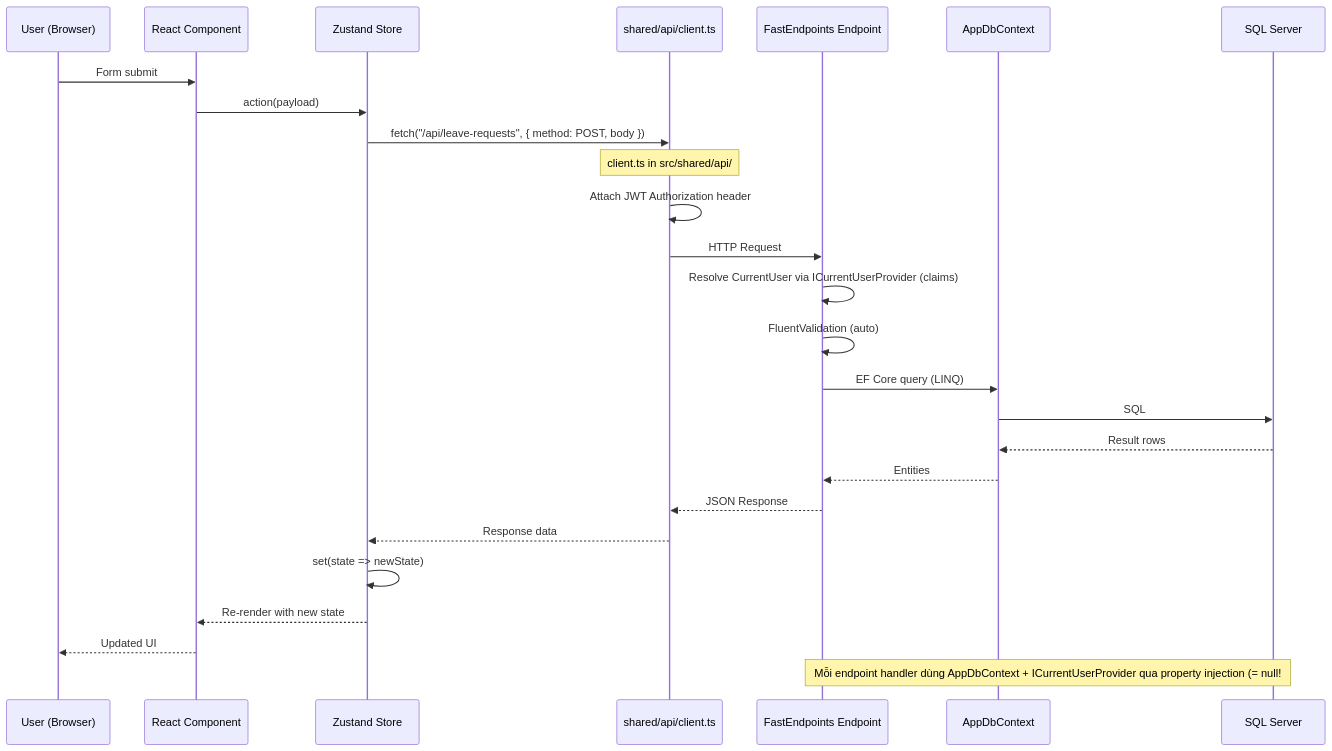
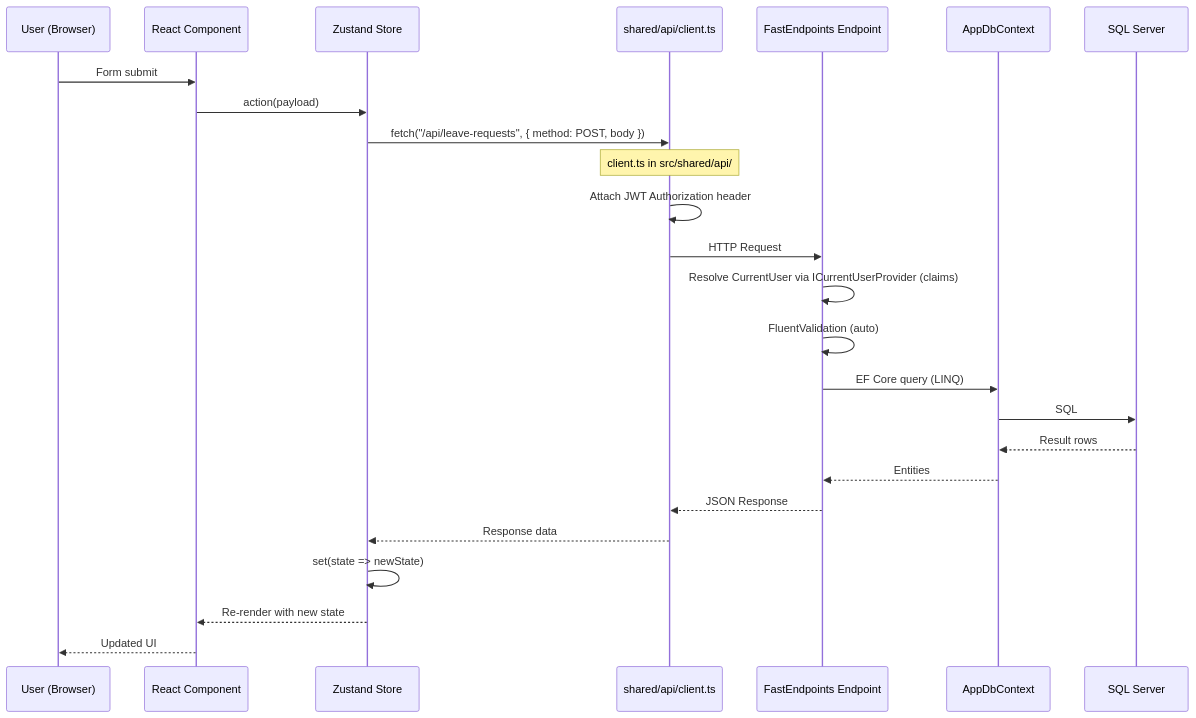
Before and after one commit to Ali-AnNT/qlnp-ttcds: the third of 8 diagrams in docs/system-architecture.md, drawn with Mermaid. The commit also changed other lines of this file and 17 other files, not shown here.

````diff
--- a/docs/system-architecture.md
+++ b/docs/system-architecture.md
@@ -142,30 +181,28 @@
 ```mermaid
 sequenceDiagram
     participant User as User (Browser)
     participant Component as React Component
     participant Store as Zustand Store
     participant API as shared/api/client.ts
     participant FE as FastEndpoints Endpoint
     participant DbCtx as AppDbContext
     participant DB as SQL Server
 
     User->>Component: Form submit
     Component->>Store: action(payload)
     Store->>API: fetch("/api/leave-requests", { method: POST, body })
     Note over API: client.ts in src/shared/api/
     API->>API: Attach JWT Authorization header
     API->>FE: HTTP Request
     FE->>FE: Resolve CurrentUser via ICurrentUserProvider (claims)
     FE->>FE: FluentValidation (auto)
     FE->>DbCtx: EF Core query (LINQ)
     DbCtx->>DB: SQL
     DB-->>DbCtx: Result rows
     DbCtx-->>FE: Entities
     FE-->>API: JSON Response
     API-->>Store: Response data
     Store->>Store: set(state => newState)
     Store-->>Component: Re-render with new state
     Component-->>User: Updated UI
-
-    Note over FE,DB: Mỗi endpoint handler dùng AppDbContext + ICurrentUserProvider qua property injection (= null!;)
 ```
````
